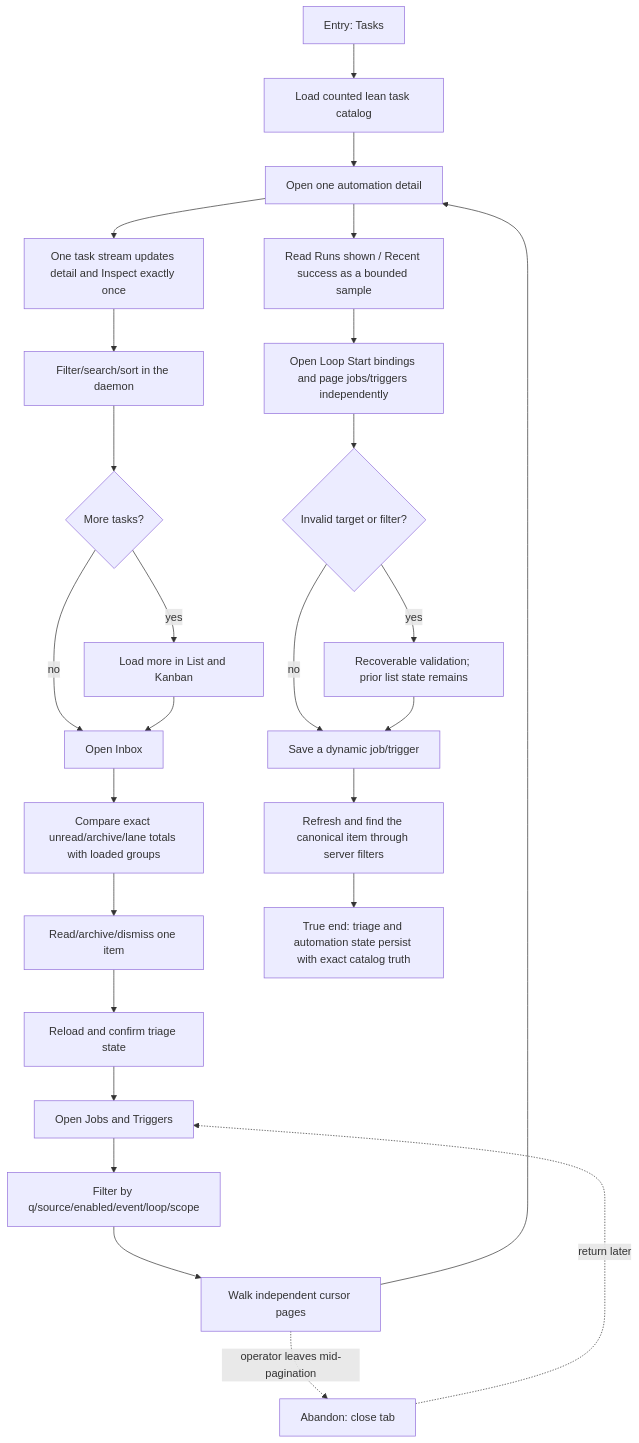
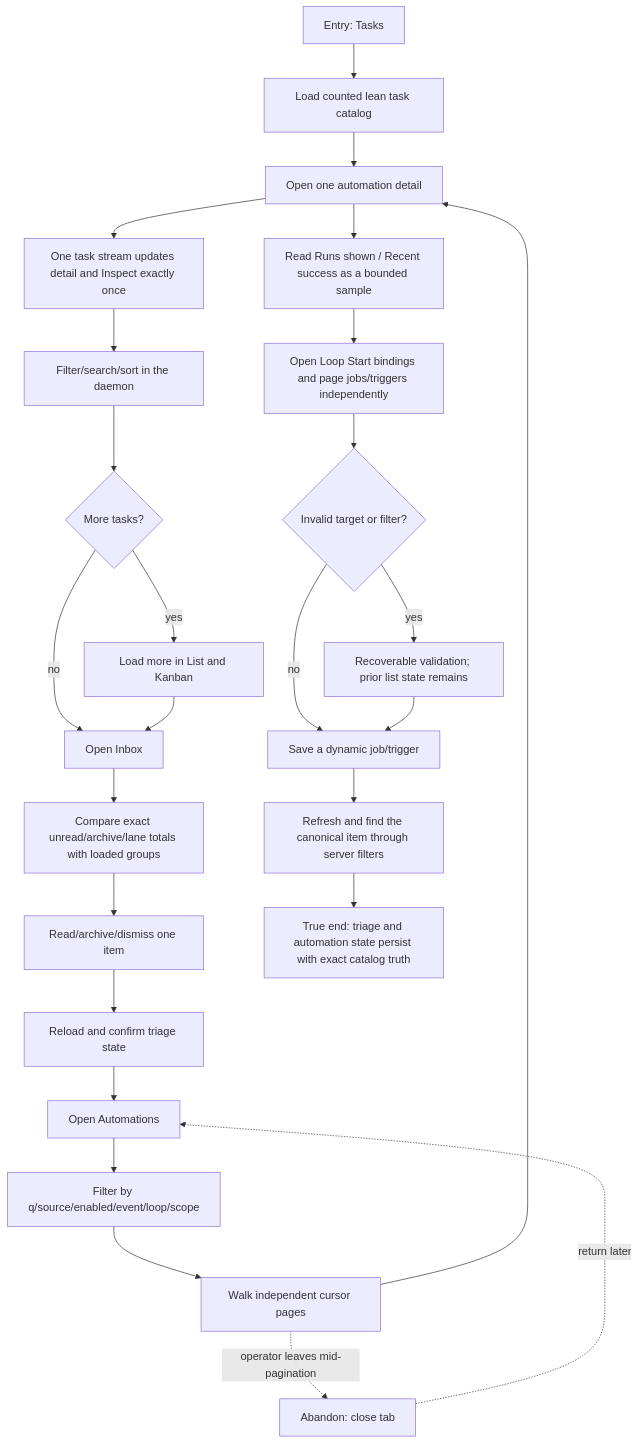
The diagram in docs/qa/journeys/J-24-triage-work-at-scale.md (compozy/compozy), drawn with Mermaid before and after one commit. The commit also changed other lines of this file and 43 other files, not shown here.

````diff
--- a/docs/qa/journeys/J-24-triage-work-at-scale.md
+++ b/docs/qa/journeys/J-24-triage-work-at-scale.md
@@ -5,28 +5,28 @@
 ```mermaid
 flowchart TD
     E[Entry: Tasks] --> L[Load counted lean task catalog]
     L --> D[Open a live task detail and its Inspect drawer]
     D --> U[One task stream updates detail and Inspect exactly once]
     U --> F[Filter/search/sort in the daemon]
     F --> P{More tasks?}
     P -->|yes| LM[Load more in List and Kanban]
     P -->|no| I[Open Inbox]
     LM --> I
     I --> C[Compare exact unread/archive/lane totals with loaded groups]
     C --> T[Read/archive/dismiss one item]
     T --> R[Reload and confirm triage state]
-    R --> A[Open Jobs and Triggers]
+    R --> A[Open Automations]
     A --> AF[Filter by q/source/enabled/event/loop/scope]
     AF --> AP[Walk independent cursor pages]
     AP --> D[Open one automation detail]
     D --> M[Read Runs shown / Recent success as a bounded sample]
     M --> B[Open Loop Start bindings and page jobs/triggers independently]
     B --> X{Invalid target or filter?}
     X -->|yes| ER[Recoverable validation; prior list state remains]
     X -->|no| S[Save a dynamic job/trigger]
     ER --> S
     S --> V[Refresh and find the canonical item through server filters]
     V --> TE[True end: triage and automation state persist with exact catalog truth]
     AP -.->|operator leaves mid-pagination| AB[Abandon: close tab]
     AB -.->|return later| A
 ```
````
